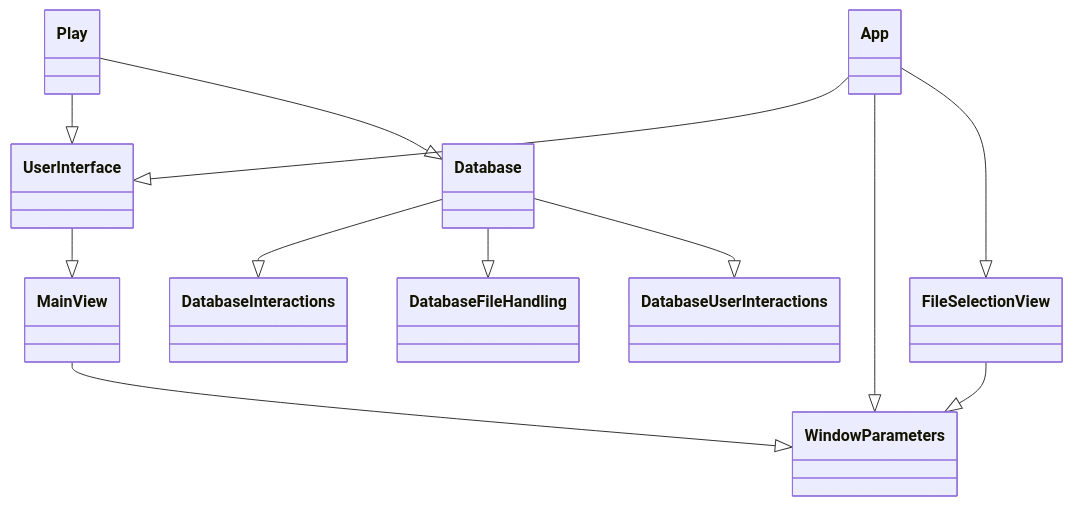
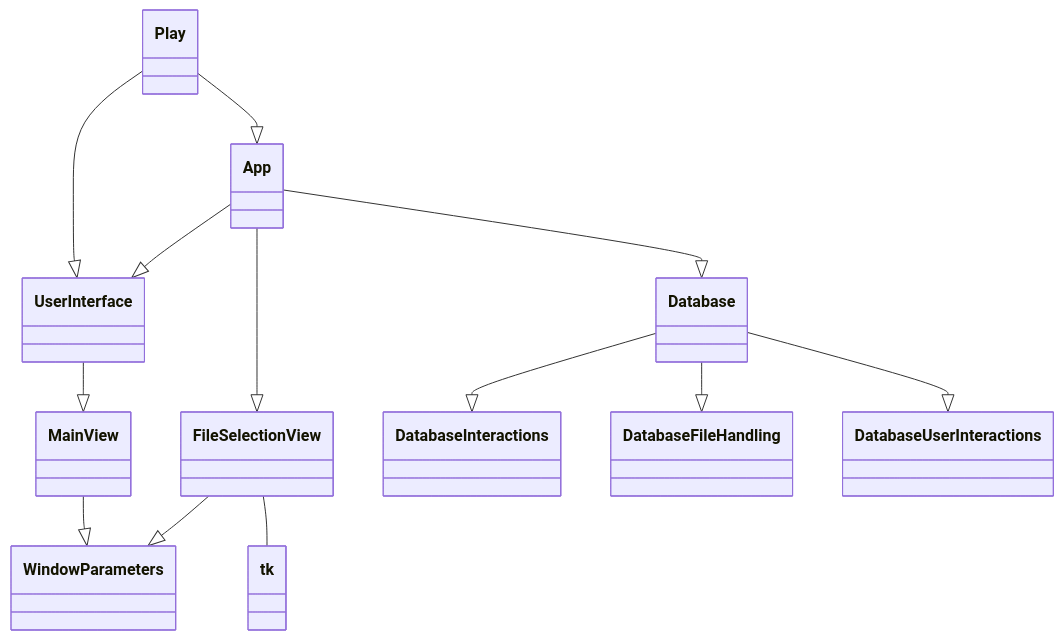
One commit to platipus82/ot-harjoitustyo changed the diagram in dokumentaatio/luokkakaavio_nodetail.MD. Above: the diagram before and after it, drawn with Mermaid.

````diff
--- a/dokumentaatio/luokkakaavio_nodetail.MD
+++ b/dokumentaatio/luokkakaavio_nodetail.MD
@@ -1,26 +1,26 @@
 ```mermaid
 classDiagram
     class UserInterface
     class MainView
     class DatabaseInteractions
     class DatabaseFileHandling
     class DatabaseUserInteractions
     class WindowParameters
     class FileSelectionView
     class Database
     class App
     class Play
 
     UserInterface --|> MainView
     MainView --|> WindowParameters
     FileSelectionView --|> WindowParameters
+    FileSelectionView -- tk
     Database --|> DatabaseInteractions
     Database --|> DatabaseFileHandling
     Database --|> DatabaseUserInteractions
     App --|> UserInterface
-    App --|> WindowParameters
     App --|> FileSelectionView
     Play --|> UserInterface
-    Play --|> Database
-
+    App --|> Database
+    Play --|> App
 ```
````
